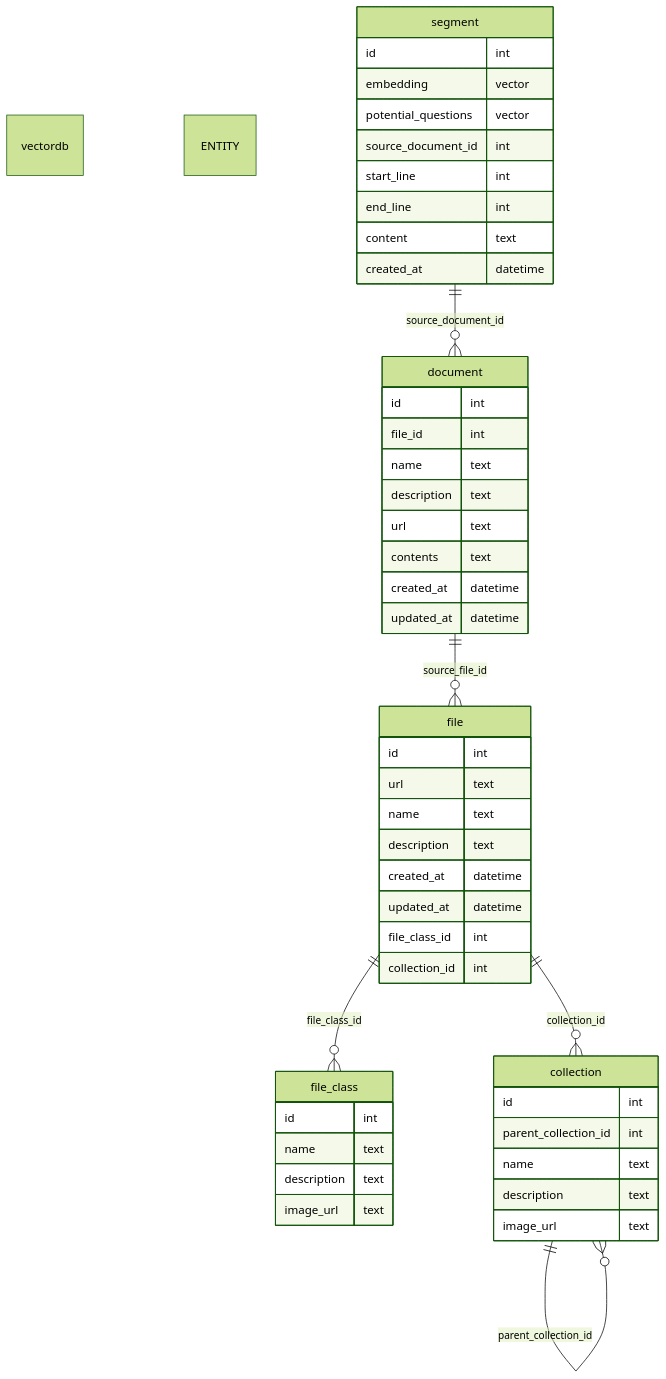
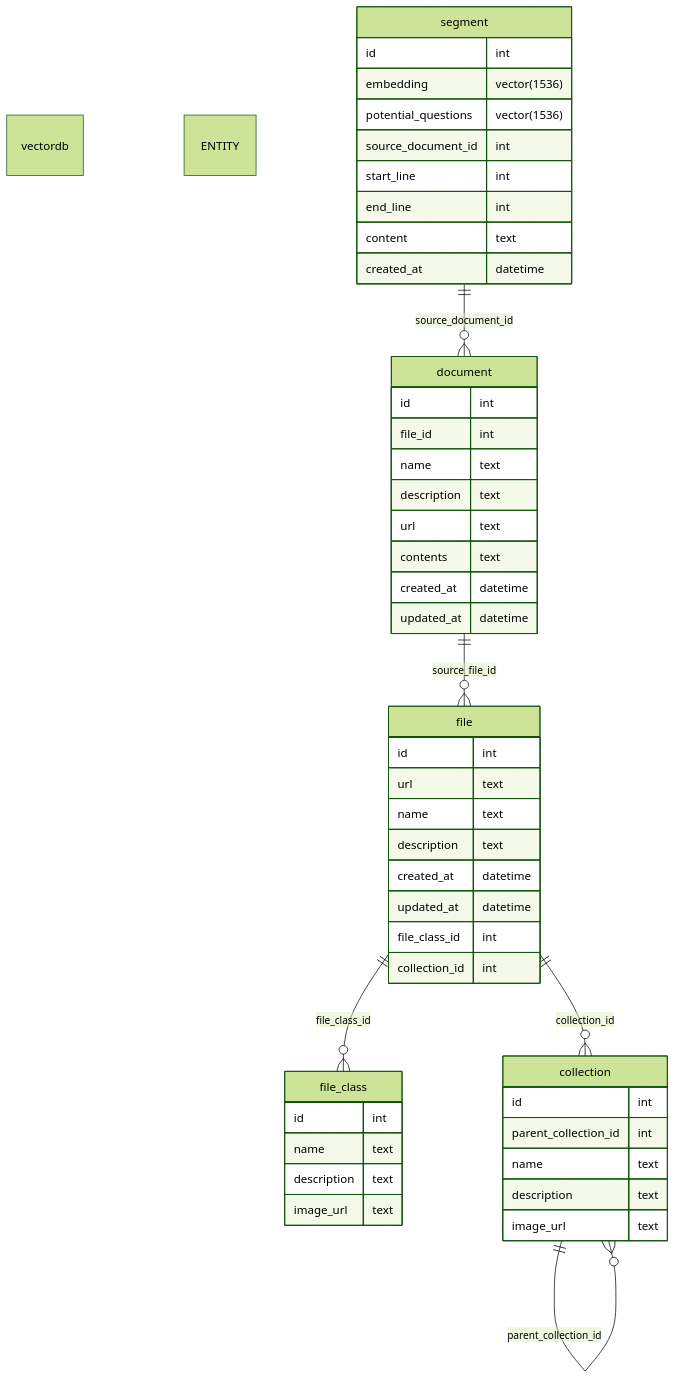
One commit to danfred360/what_did_i_sign_up_for changed the diagram in docs/vectordb/index.md. Above: the diagram before and after it, drawn with Mermaid (forest theme). The commit also changed 3 other files, not shown here.

````diff
--- a/docs/vectordb/index.md
+++ b/docs/vectordb/index.md
@@ -41,56 +41,56 @@
 ```mermaid
 erDiagram vectordb
     ENTITY segment {
         id int
-        embedding vector
-        potential_questions vector
+        embedding vector(1536)
+        potential_questions vector(1536)
         source_document_id int
         start_line int
         end_line int
         content text
         created_at datetime
     }
 
     ENTITY document {
         id int
         file_id int
         name text
         description text
         url text
         contents text
         created_at datetime
         updated_at datetime
     }
 
     ENTITY file {
         id int
         url text
         name text
         description text
         created_at datetime
         updated_at datetime
         file_class_id int
         collection_id int
     }
 
     ENTITY file_class {
         id int
         name text
         description text
         image_url text
     }
 
     ENTITY collection {
         id int
         parent_collection_id int
         name text
         description text
         image_url text
     }
 
     segment ||--o{ document : "source_document_id"
     document ||--o{ file : "source_file_id"
     file ||--o{ file_class : "file_class_id"
     file ||--o{ collection : "collection_id"
     collection ||--o{ collection : "parent_collection_id"
 ```
````
